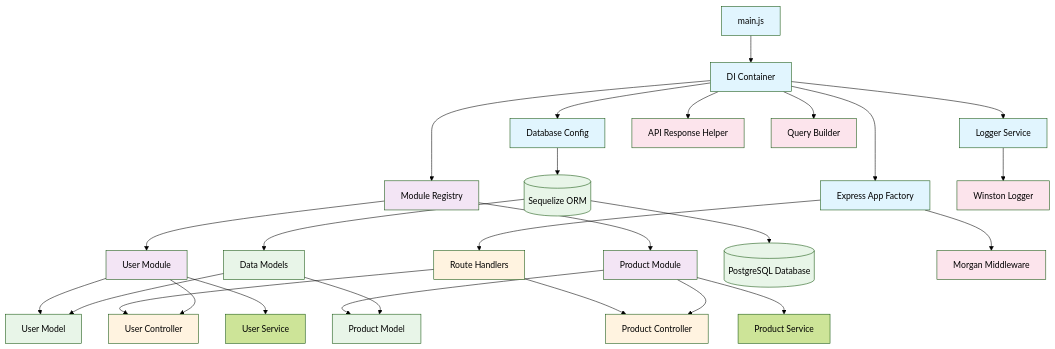
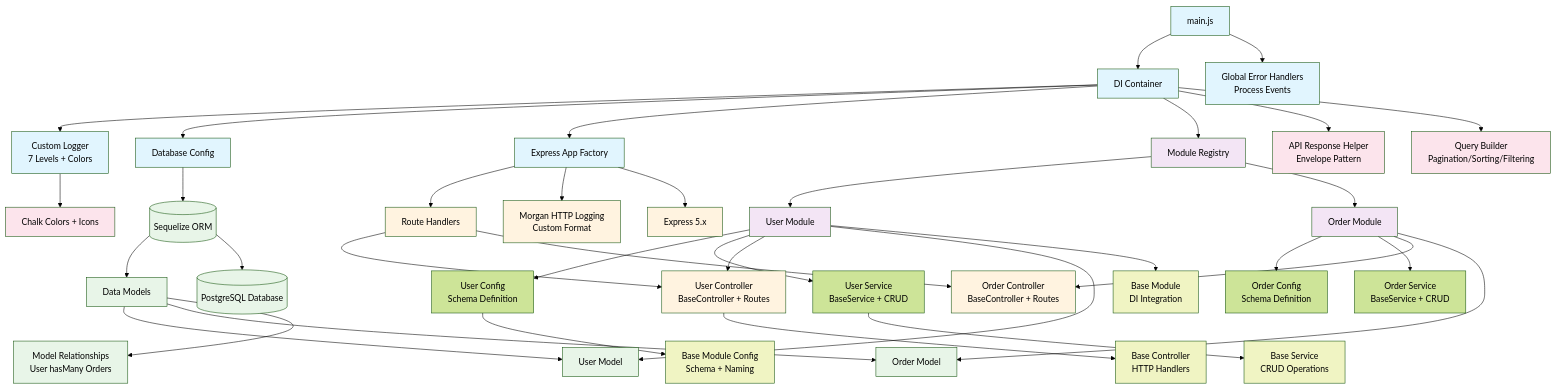
One commit to mmo26kg/katchx3-core-service changed the diagram in README.md. Above: the diagram before and after it, drawn with Mermaid (forest theme). The commit also changed other lines of this file and 11 other files, not shown here.

Commit message:
Update module name (pascalCase, camelCase, snakeCase), add logger option

````diff
--- a/README.md
+++ b/README.md
@@ -12,58 +12,73 @@
 ```mermaid
 graph TB
     %% Entry Point
     Main[main.js] --> Container[DI Container]
 
     %% Core Infrastructure
-    Container --> Logger[Logger Service]
+    Container --> CustomLogger[Custom Logger<br/>7 Levels + Colors]
     Container --> DB[Database Config]
     Container --> App[Express App Factory]
 
     %% Database Layer
     DB --> Sequelize[(Sequelize ORM)]
     Sequelize --> Models[Data Models]
     Models --> UserModel[User Model]
-    Models --> ProductModel[Product Model]
+    Models --> OrderModel[Order Model]
+    Models --> ModelRelationships[Model Relationships<br/>User hasMany Orders]
 
     %% Module System
     Container --> ModuleRegistry[Module Registry]
     ModuleRegistry --> UserModule[User Module]
-    ModuleRegistry --> ProductModule[Product Module]
+    ModuleRegistry --> OrderModule[Order Module]
 
     %% User Module Components
-    UserModule --> UserService[User Service]
-    UserModule --> UserController[User Controller]
+    UserModule --> UserConfig[User Config<br/>Schema Definition]
+    UserModule --> UserService[User Service<br/>BaseService + CRUD]
+    UserModule --> UserController[User Controller<br/>BaseController + Routes]
     UserModule --> UserModel
 
-    %% Product Module Components
-    ProductModule --> ProductService[Product Service]
-    ProductModule --> ProductController[Product Controller]
-    ProductModule --> ProductModel
+    %% Order Module Components
+    OrderModule --> OrderConfig[Order Config<br/>Schema Definition]
+    OrderModule --> OrderService[Order Service<br/>BaseService + CRUD]
+    OrderModule --> OrderController[Order Controller<br/>BaseController + Routes]
+    OrderModule --> OrderModel
 
     %% HTTP Layer
     App --> Routes[Route Handlers]
     Routes --> UserController
-    Routes --> ProductController
+    Routes --> OrderController
+    App --> Morgan[Morgan HTTP Logging<br/>Custom Format]
 
-    %% Utilities
-    Container --> APIResponse[API Response Helper]
-    Container --> BuildOptions[Query Builder]
+    %% Utilities & Helpers
+    Container --> APIResponse[API Response Helper<br/>Envelope Pattern]
+    Container --> BuildOptions[Query Builder<br/>Pagination/Sorting/Filtering]
+
+    %% Base Classes
+    UserService --> BaseService[Base Service<br/>CRUD Operations]
+    UserController --> BaseController[Base Controller<br/>HTTP Handlers]
+    UserModule --> BaseModule[Base Module<br/>DI Integration]
+    UserConfig --> BaseConfig[Base Module Config<br/>Schema + Naming]
 
     %% External Dependencies
     Sequelize --> PostgresDB[(PostgreSQL Database)]
-    Logger --> Winston[Winston Logger]
-    App --> Morgan[Morgan Middleware]
+    CustomLogger --> Chalk[Chalk Colors + Icons]
+    App --> Express[Express 5.x]
+
+    %% Error Handling
+    Main --> GlobalHandlers[Global Error Handlers<br/>Process Events]
 
     %% Styling
     classDef coreInfra fill:#e1f5fe
     classDef moduleSystem fill:#f3e5f5
     classDef dataLayer fill:#e8f5e8
     classDef httpLayer fill:#fff3e0
     classDef utilities fill:#fce4ec
+    classDef baseClasses fill:#f0f4c3
 
-    class Main,Container,Logger,DB,App coreInfra
-    class ModuleRegistry,UserModule,ProductModule moduleSystem
-    class Sequelize,Models,UserModel,ProductModel,PostgresDB dataLayer
-    class Routes,UserController,ProductController httpLayer
-    class APIResponse,BuildOptions,Winston,Morgan utilities
+    class Main,Container,CustomLogger,DB,App,GlobalHandlers coreInfra
+    class ModuleRegistry,UserModule,OrderModule moduleSystem
+    class Sequelize,Models,UserModel,OrderModel,ModelRelationships,PostgresDB dataLayer
+    class Routes,UserController,OrderController,Morgan,Express httpLayer
+    class APIResponse,BuildOptions,Chalk utilities
+    class BaseService,BaseController,BaseModule,BaseConfig baseClasses
 ```
````
